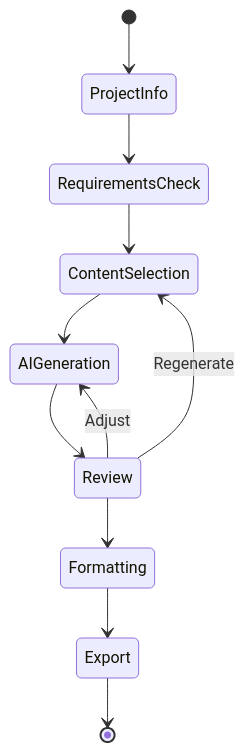
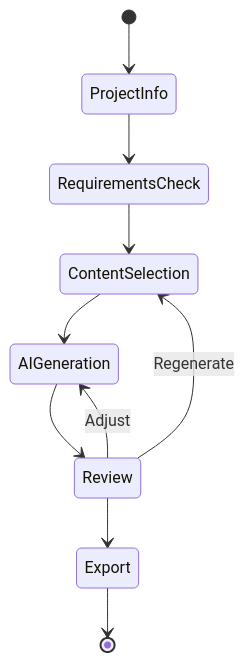
Before and after one commit to elikiedrowski/ECI_Site_Construction: the seventh of 15 diagrams in POC-Implementation-Plan.md, drawn with Mermaid. The commit also changed other lines of this file and 1 other file, not shown here.

````diff
--- a/POC-Implementation-Plan.md
+++ b/POC-Implementation-Plan.md
@@ -991,14 +290,13 @@
 ```mermaid
 stateDiagram-v2
     [*] --> ProjectInfo
     ProjectInfo --> RequirementsCheck
     RequirementsCheck --> ContentSelection
     ContentSelection --> AIGeneration
     AIGeneration --> Review
-    Review --> Formatting
-    Formatting --> Export
+    Review --> Export
     Export --> [*]
-    
+
     Review --> ContentSelection: Regenerate
     Review --> AIGeneration: Adjust
 ```
````
